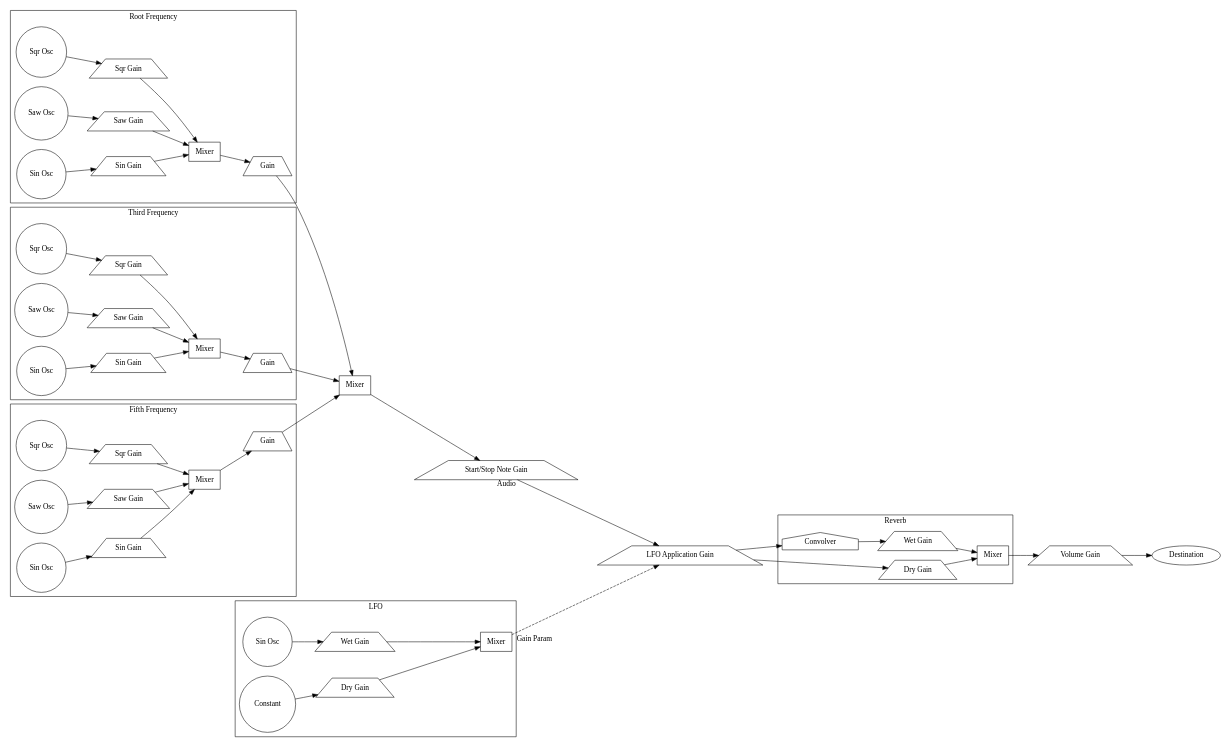
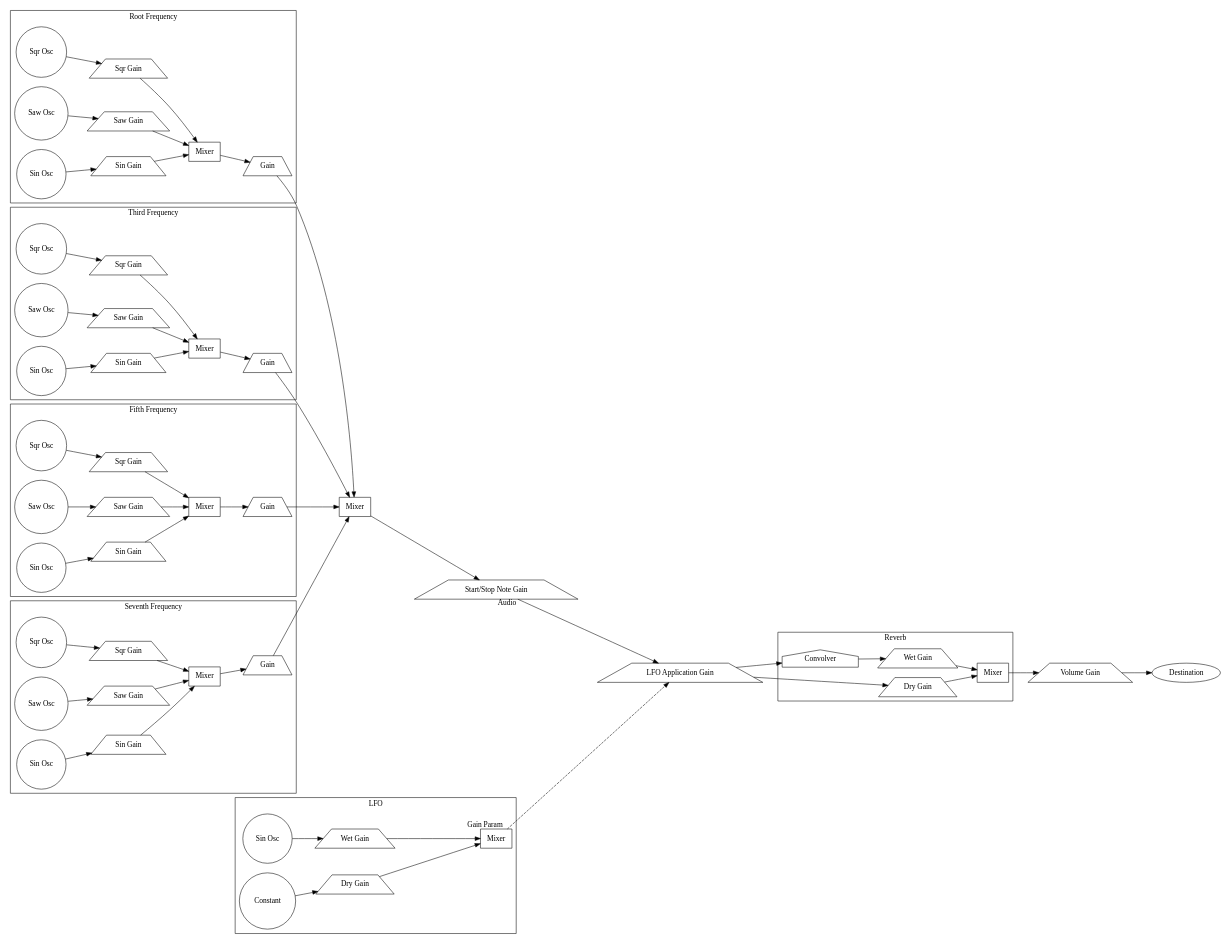
Before and after one commit to radioprotector/hex-grid: the diagram in audio.dot, drawn with Graphviz. The commit also changed 2 other files, not shown here.

Commit message:
add support for seventh chords - close #1

```diff
--- a/audio.dot
+++ b/audio.dot
@@ -1,127 +1,153 @@
 digraph audio {
   rankdir = "LR"
 
   subgraph cluster_BaseFreq {
     label = "Root Frequency"
 
     BaseFreqSquare [label="Sqr Osc", shape="circle", comment="Frequency based on lightness"]
     BaseFreqSawtooth [label="Saw Osc", shape="circle", comment="Frequency based on lightness"]
     BaseFreqSine [label="Sin Osc", shape="circle", comment="Frequency based on lightness"]
 
     BaseFreqSquareGain [label="Sqr Gain", shape="trapezium", comment="Gain based on hue"]
     BaseFreqSawtoothGain [label="Saw Gain", shape="trapezium", comment="Gain based on hue"]
     BaseFreqSineGain [label="Sin Gain", shape="trapezium", comment="Gain based on hue"]
 
     BaseFreqMixer [label="Mixer", shape="box"]
     BaseFreqOverallGain [label="Gain", shape="trapezium"]
 
     BaseFreqSquare -> BaseFreqSquareGain
     BaseFreqSawtooth -> BaseFreqSawtoothGain
     BaseFreqSine -> BaseFreqSineGain
 
     BaseFreqSquareGain -> BaseFreqMixer
     BaseFreqSawtoothGain -> BaseFreqMixer
     BaseFreqSineGain -> BaseFreqMixer
 
     BaseFreqMixer -> BaseFreqOverallGain
   }
 
   subgraph cluster_ThirdFreq {
     label = "Third Frequency"
 
     ThirdFreqSquare [label="Sqr Osc", shape="circle", comment="Frequency based on lightness"]
     ThirdFreqSawtooth [label="Saw Osc", shape="circle", comment="Frequency based on lightness"]
     ThirdFreqSine [label="Sin Osc", shape="circle", comment="Frequency based on lightness"]
 
     ThirdFreqSquareGain [label="Sqr Gain", shape="trapezium", comment="Gain based on hue"]
     ThirdFreqSawtoothGain [label="Saw Gain", shape="trapezium", comment="Gain based on hue"]
     ThirdFreqSineGain [label="Sin Gain", shape="trapezium", comment="Gain based on hue"]
 
     ThirdFreqMixer [label="Mixer", shape="box"]
     ThirdFreqOverallGain [label="Gain", shape="trapezium", comment="Gain based on saturation"]
 
     ThirdFreqSquare -> ThirdFreqSquareGain
     ThirdFreqSawtooth -> ThirdFreqSawtoothGain
     ThirdFreqSine -> ThirdFreqSineGain
 
     ThirdFreqSquareGain -> ThirdFreqMixer
     ThirdFreqSawtoothGain -> ThirdFreqMixer
     ThirdFreqSineGain -> ThirdFreqMixer
 
     ThirdFreqMixer -> ThirdFreqOverallGain
   }
 
   subgraph cluster_FifthFreq {
     label = "Fifth Frequency"
 
     FifthFreqSquare [label="Sqr Osc", shape="circle", comment="Frequency based on lightness"]
     FifthFreqSawtooth [label="Saw Osc", shape="circle", comment="Frequency based on lightness"]
     FifthFreqSine [label="Sin Osc", shape="circle", comment="Frequency based on lightness"]
 
     FifthFreqSquareGain [label="Sqr Gain", shape="trapezium", comment="Gain based on hue"]
     FifthFreqSawtoothGain [label="Saw Gain", shape="trapezium", comment="Gain based on hue"]
     FifthFreqSineGain [label="Sin Gain", shape="trapezium", comment="Gain based on hue"]
 
     FifthFreqMixer [label="Mixer", shape="box"]
     FifthFreqOverallGain [label="Gain", shape="trapezium", comment="Gain based on saturation"]
 
     FifthFreqSquare -> FifthFreqSquareGain
     FifthFreqSawtooth -> FifthFreqSawtoothGain
     FifthFreqSine -> FifthFreqSineGain
 
     FifthFreqSquareGain -> FifthFreqMixer
     FifthFreqSawtoothGain -> FifthFreqMixer
     FifthFreqSineGain -> FifthFreqMixer
 
     FifthFreqMixer -> FifthFreqOverallGain
   }
 
+  subgraph cluster_SeventhFreq {
+    label = "Seventh Frequency"
+
+    SeventhFreqSquare [label="Sqr Osc", shape="circle", comment="Frequency based on lightness"]
+    SeventhFreqSawtooth [label="Saw Osc", shape="circle", comment="Frequency based on lightness"]
+    SeventhFreqSine [label="Sin Osc", shape="circle", comment="Frequency based on lightness"]
+
+    SeventhFreqSquareGain [label="Sqr Gain", shape="trapezium", comment="Gain based on hue"]
+    SeventhFreqSawtoothGain [label="Saw Gain", shape="trapezium", comment="Gain based on hue"]
+    SeventhFreqSineGain [label="Sin Gain", shape="trapezium", comment="Gain based on hue"]
+
+    SeventhFreqMixer [label="Mixer", shape="box"]
+    SeventhFreqOverallGain [label="Gain", shape="trapezium", comment="Gain based on saturation"]
+
+    SeventhFreqSquare -> SeventhFreqSquareGain
+    SeventhFreqSawtooth -> SeventhFreqSawtoothGain
+    SeventhFreqSine -> SeventhFreqSineGain
+
+    SeventhFreqSquareGain -> SeventhFreqMixer
+    SeventhFreqSawtoothGain -> SeventhFreqMixer
+    SeventhFreqSineGain -> SeventhFreqMixer
+
+    SeventhFreqMixer -> SeventhFreqOverallGain
+  }
+
   subgraph cluster_Lfo {
     label = "LFO"
 
     LfoWetOscillator [label="Sin Osc", shape="circle", comment="Frequency based on LFO frequency"]
     LfoDryConstant [label="Constant", shape="circle"]
     LfoWetGain [label="Wet Gain", shape="trapezium", comment="Gain based on LFO intensity"]
     LfoDryGain [label="Dry Gain", shape="trapezium", comment="Gain based on lack of LFO intensity"]
 
     LfoMixer [label="Mixer", shape="box"]
 
     LfoWetOscillator -> LfoWetGain
     LfoDryConstant -> LfoDryGain
 
     LfoWetGain -> LfoMixer
     LfoDryGain -> LfoMixer
   }
 
   subgraph cluster_Reverb {
     label = "Reverb"
 
     ReverbConvolver [label="Convolver", shape="house"]
     ReverbWetGain [label="Wet Gain", shape="trapezium", comment="Gain based on reverb intensity"]
     ReverbDryGain [label="Dry Gain", shape="trapezium", comment="Gain based on lack of reverb intensity"]
     ReverbMixer   [label="Mixer", shape="box"]
 
     ReverbConvolver -> ReverbWetGain
     ReverbWetGain -> ReverbMixer
     ReverbDryGain -> ReverbMixer
   }
 
   FrequenciesMixer [label="Mixer", shape="box"]
   StartStopGain [label="Start/Stop Note Gain", shape="trapezium"]
   LfoApplyGain [label="LFO Application Gain", shape="trapezium"]
   OverallVolumeGain [label="Volume Gain", shape="trapezium", comment="Gain based on overall volume"]
 
   BaseFreqOverallGain -> FrequenciesMixer
   ThirdFreqOverallGain -> FrequenciesMixer
   FifthFreqOverallGain -> FrequenciesMixer
+  SeventhFreqOverallGain -> FrequenciesMixer
 
   FrequenciesMixer -> StartStopGain
   StartStopGain -> LfoApplyGain [taillabel = "Audio"]
   LfoMixer -> LfoApplyGain [taillabel = "Gain Param", style=dashed]
 
   LfoApplyGain -> ReverbConvolver
   LfoApplyGain -> ReverbDryGain
 
   ReverbMixer -> OverallVolumeGain
   OverallVolumeGain -> Destination
 }
```
